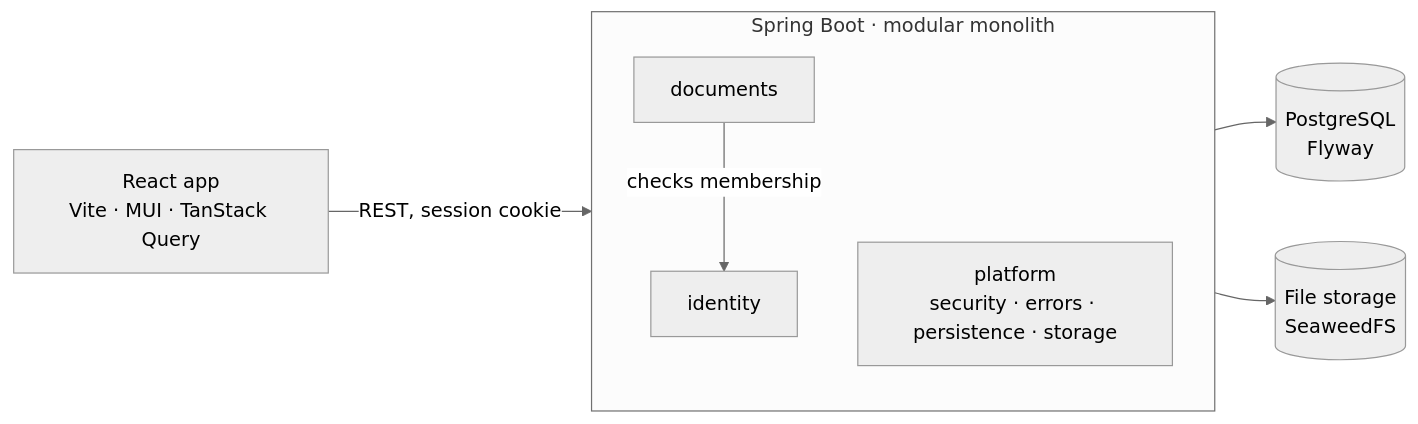
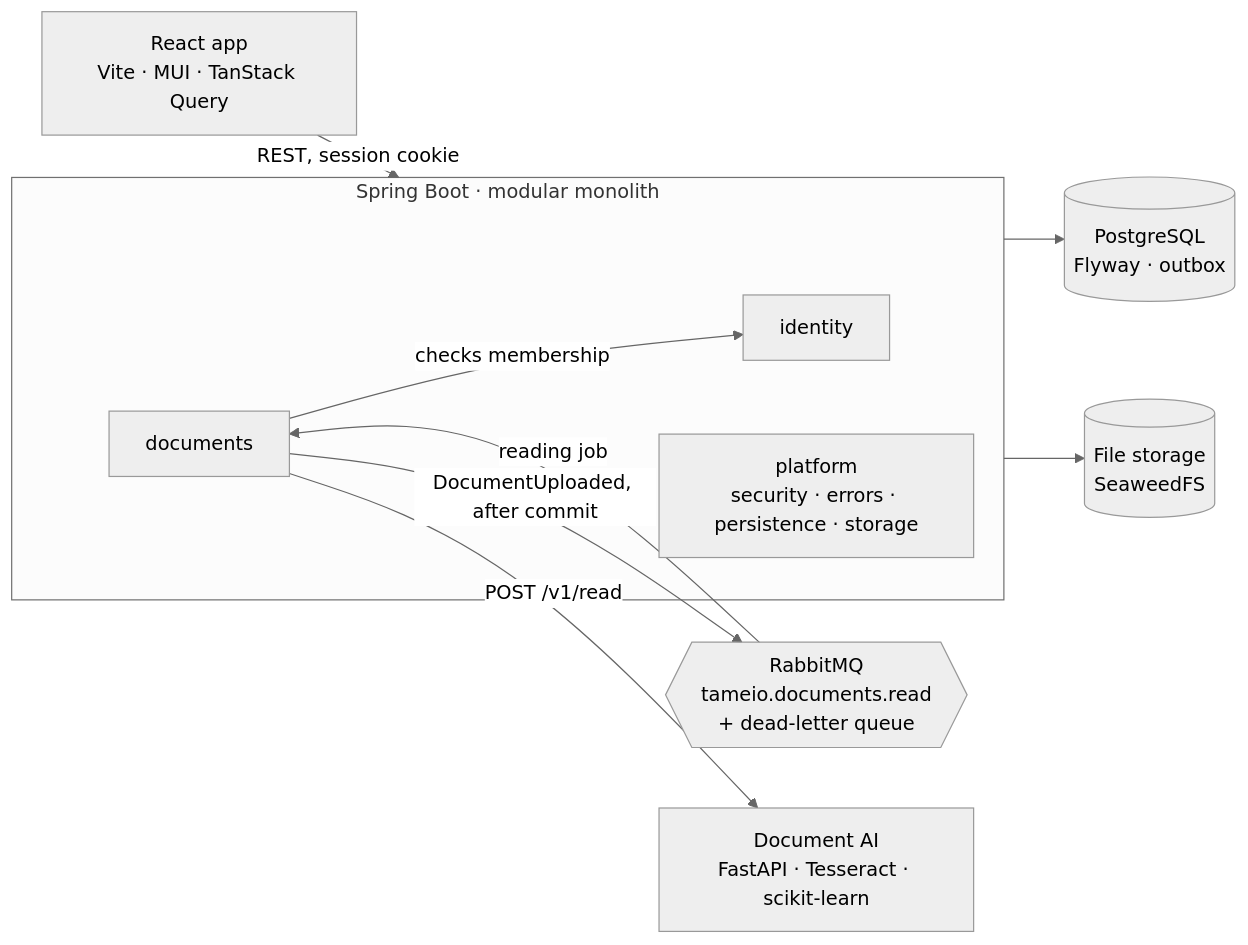
The diagram in README.md (edisban/Tameio), drawn with Mermaid (neutral theme) before and after one commit. The commit also changed other lines of this file and 36 other files, not shown here.

First line of the commit message:
Read every upload with document AI through a RabbitMQ work queue

````diff
--- a/README.md
+++ b/README.md
@@ -30,16 +31,21 @@
 ```mermaid
 flowchart LR
     browser[React app<br/>Vite · MUI · TanStack Query]
     subgraph api[Spring Boot · modular monolith]
         identity[identity]
         documents[documents]
         platform[platform<br/>security · errors · persistence · storage]
     end
-    db[(PostgreSQL<br/>Flyway)]
+    db[(PostgreSQL<br/>Flyway · outbox)]
     s3[(File storage<br/>SeaweedFS)]
+    mq{{RabbitMQ<br/>tameio.documents.read<br/>+ dead-letter queue}}
+    ai[Document AI<br/>FastAPI · Tesseract · scikit-learn]
 
     browser -- REST, session cookie --> api
     api --> db
     api --> s3
     documents -- checks membership --> identity
+    documents -- DocumentUploaded, after commit --> mq
+    mq -- reading job --> documents
+    documents -- POST /v1/read --> ai
 ```
````
